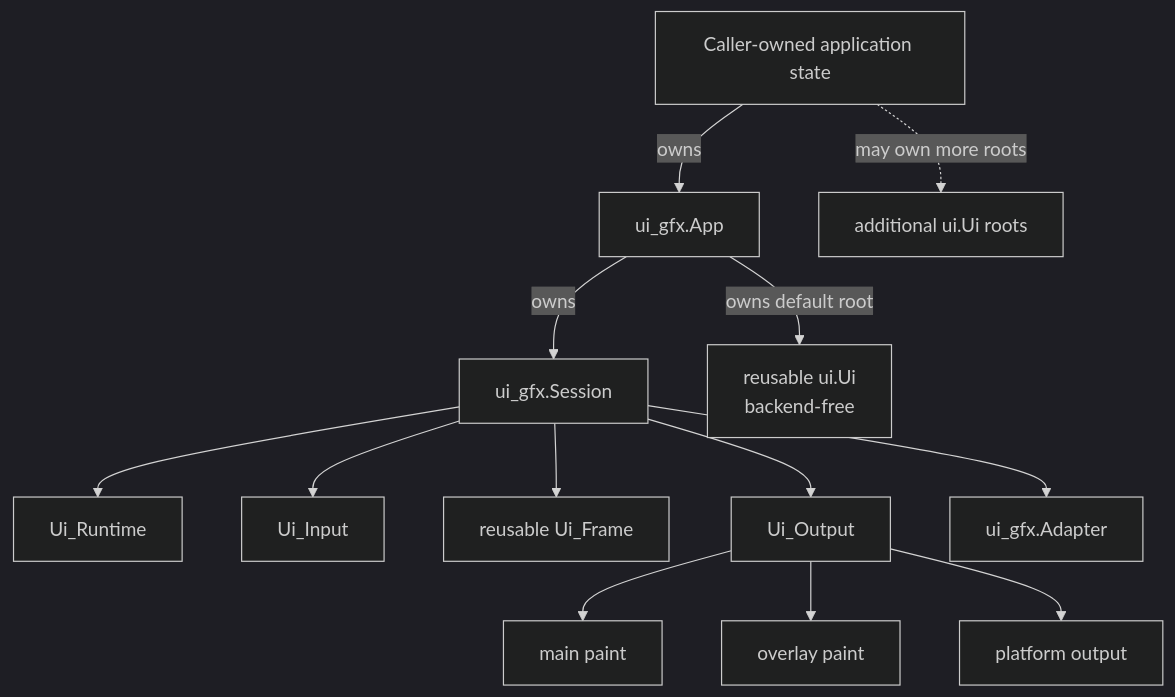
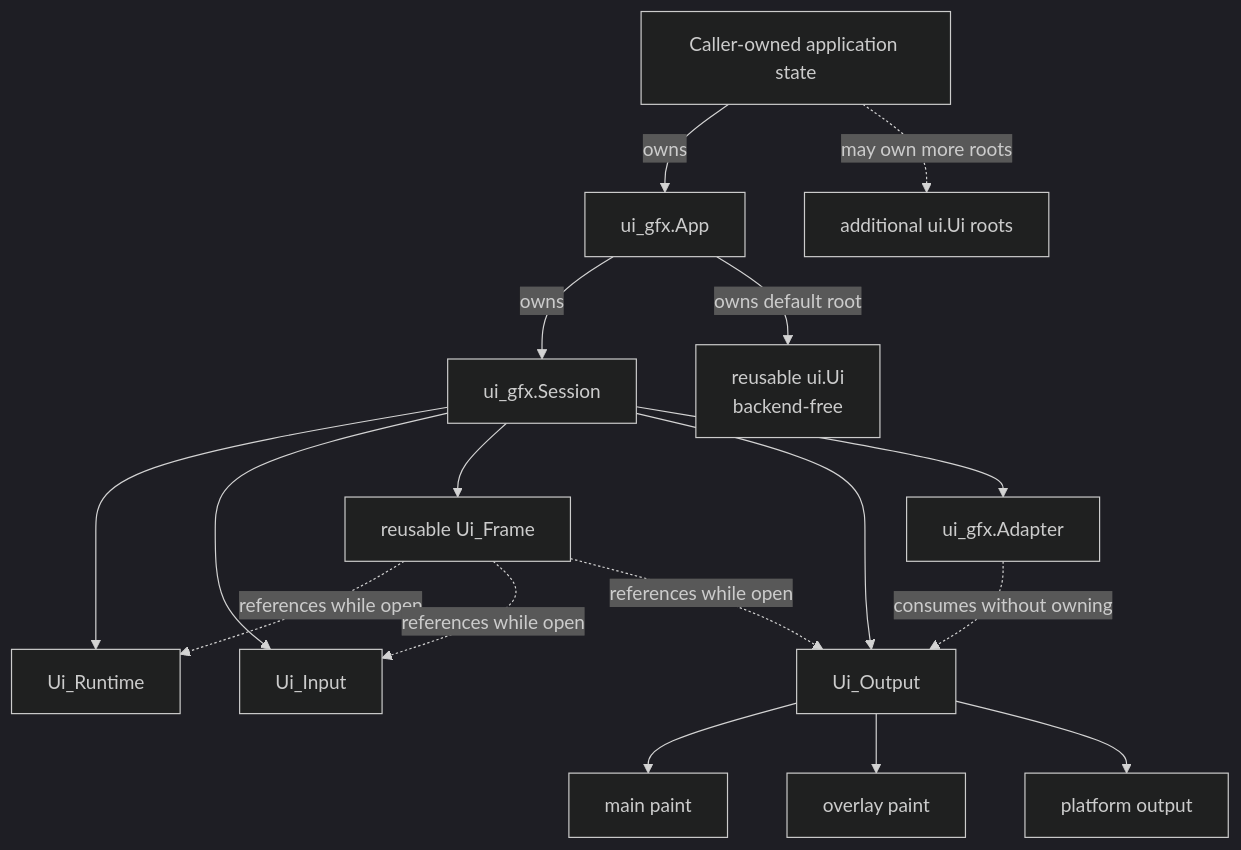
Before and after one commit to nic-vdwalt/ingot: the first of 2 diagrams in docs/api-layers.md, drawn with Mermaid (dark theme). The commit also changed other lines of this file and 3 other files, not shown here.

First line of the commit message:
docs: clarify API ownership and frame-time references

````diff
--- a/docs/api-layers.md
+++ b/docs/api-layers.md
@@ -22,15 +22,19 @@
 ```mermaid
 flowchart TB
     CALLER[Caller-owned application state] -->|owns| APP[ui_gfx.App]
     APP -->|owns| SESSION[ui_gfx.Session]
     APP -->|owns default root| FORM[reusable ui.Ui\nbackend-free]
     CALLER -.->|may own more roots| FORM2[additional ui.Ui roots]
     SESSION --> RUNTIME[Ui_Runtime]
     SESSION --> INPUT[Ui_Input]
     SESSION --> FRAME[reusable Ui_Frame]
     SESSION --> OUTPUT[Ui_Output]
     SESSION --> ADAPTER[ui_gfx.Adapter]
     OUTPUT --> MAIN[main paint]
     OUTPUT --> OVERLAY[overlay paint]
     OUTPUT --> PLATFORM[platform output]
+    FRAME -.->|references while open| RUNTIME
+    FRAME -.->|references while open| INPUT
+    FRAME -.->|references while open| OUTPUT
+    ADAPTER -.->|consumes without owning| OUTPUT
 ```
````
